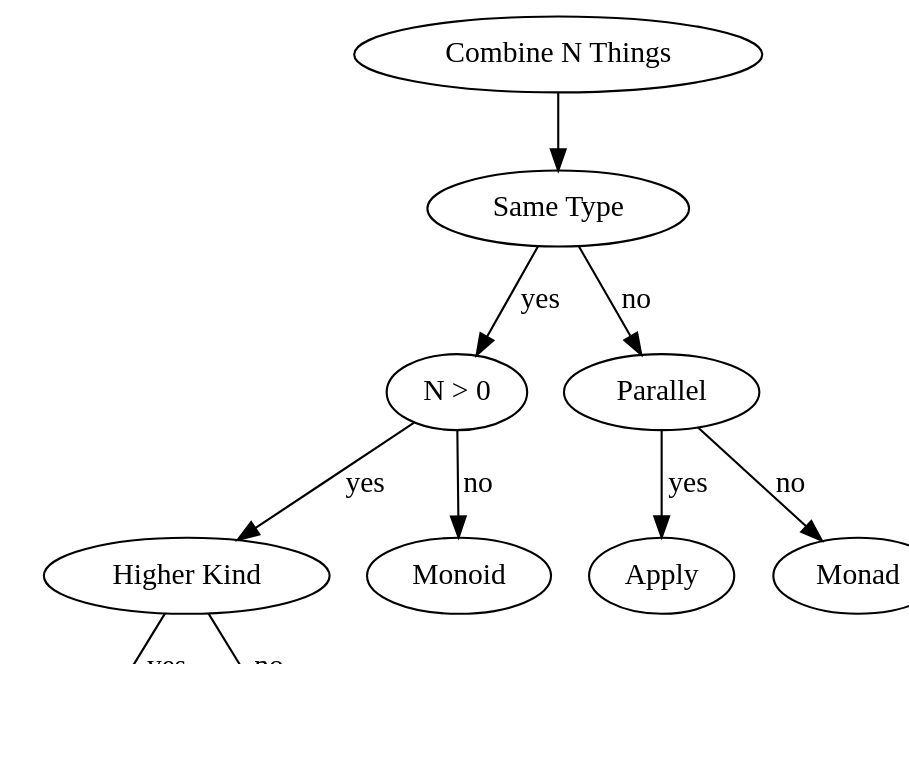
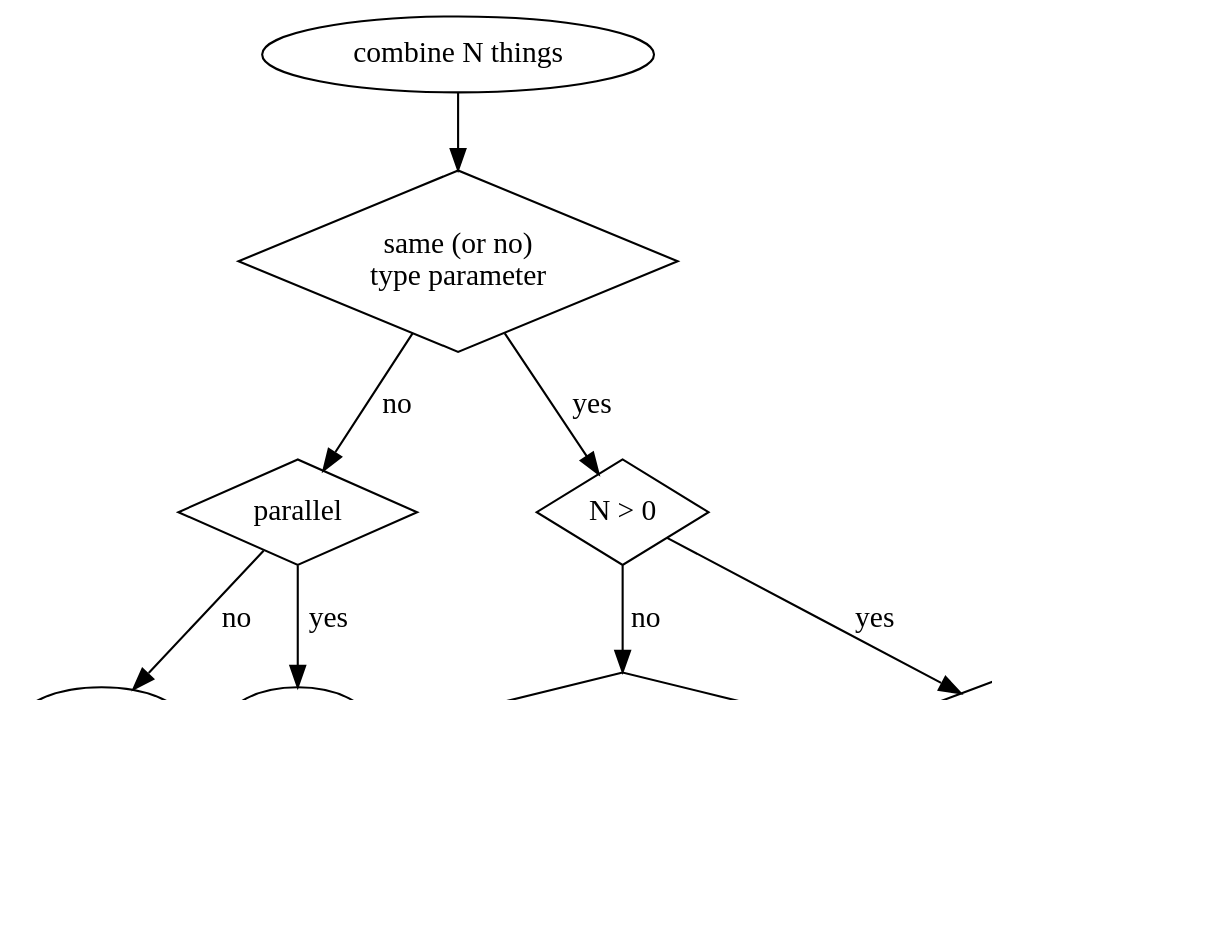
One commit to fommil/fpmortals changed diagram 18 of 18 in manuscript/book.org. Above: the diagram before and after it, drawn with Graphviz. The commit also changed other lines of this file and 2 other files, not shown here.

```diff
--- a/manuscript/book.org
+++ b/manuscript/book.org
@@ -5944,26 +5941,35 @@
 #+BEGIN_SRC dot :file images/shortest-fp-book.png :exports results
 digraph G {
     graph [dpi=100, rankdir=TB];
 
-    things [label="Combine N Things"];
-    type [label="Same Type"];
-    gtzero [label="N > 0", fontname=Hack];
-    hkt [label="Higher Kind"]
-    Plus [fontname=Hack]
+    things [label="combine N things",shape=oval];
+    type [label="same (or no)\n type parameter",shape=diamond,height=1.2];
+    parallel [label="parallel",shape=diamond,height=0.7];
+    gtzero [label="N > 0", fontname=Hack,shape=diamond,height=0.7];
+
+    Monad [fontname=Hack];
+    Apply [fontname=Hack];
+
+    effonce [label="effectively once",shape=diamond,height=0.7];
     Monoid [fontname=Hack];
+    Band [fontname=Hack]
+
     Semigroup [fontname=Hack];
-    parallel [label="Parallel"];
-    Apply [fontname=Hack];
-    Monad [fontname=Hack];
+    hkt [label="early exit",shape=diamond,height=0.7];
+    Plus [fontname=Hack];
 
     things -> type;
-    type -> gtzero [label="yes"];
-    gtzero -> hkt [label="yes"]
-    hkt -> Plus [label="yes"]
-    hkt -> Semigroup [label="no"]
-    gtzero -> Monoid [label="no"];
-    type -> parallel [label="no"];
-    parallel -> Apply [label="yes"];
-    parallel -> Monad [label="no"];
+    type -> gtzero [label=" yes"];
+    gtzero -> hkt [label=" yes"]
+    hkt -> Plus [label=" yes"]
+    hkt -> Semigroup [label=" no"]
+
+    gtzero -> effonce [label=" no"]
+    effonce -> Monoid [label=" no"];
+    effonce -> Band [label=" yes"]
+
+    type -> parallel [label=" no"];
+    parallel -> Apply [label=" yes"];
+    parallel -> Monad [label=" no"];
 }
 #+END_SRC
```
